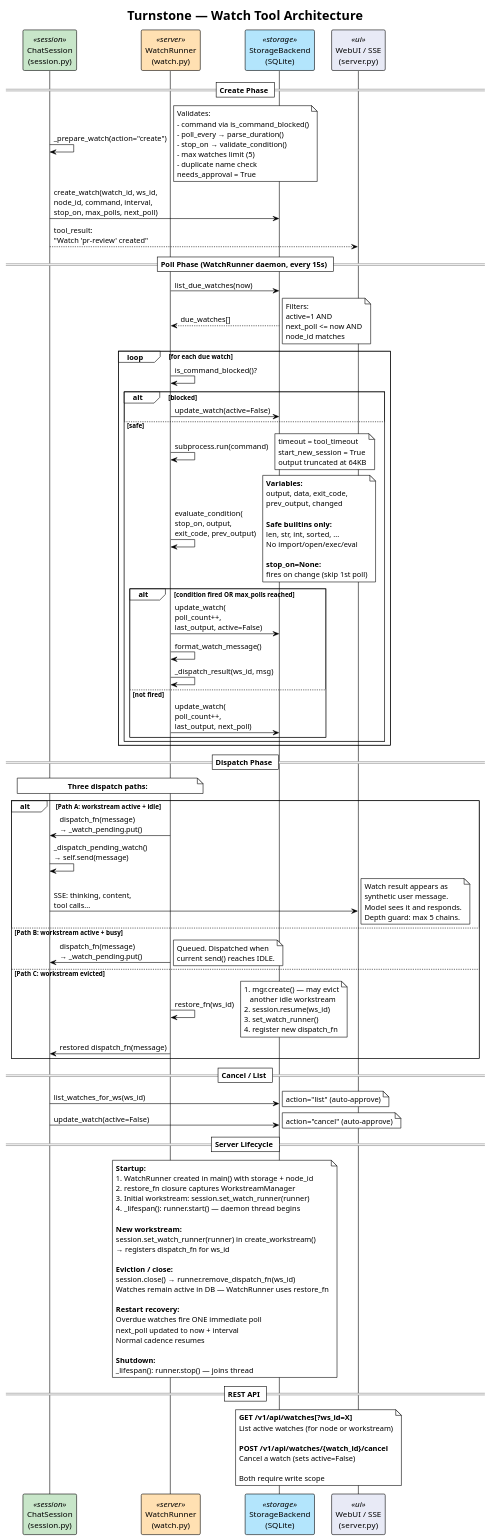
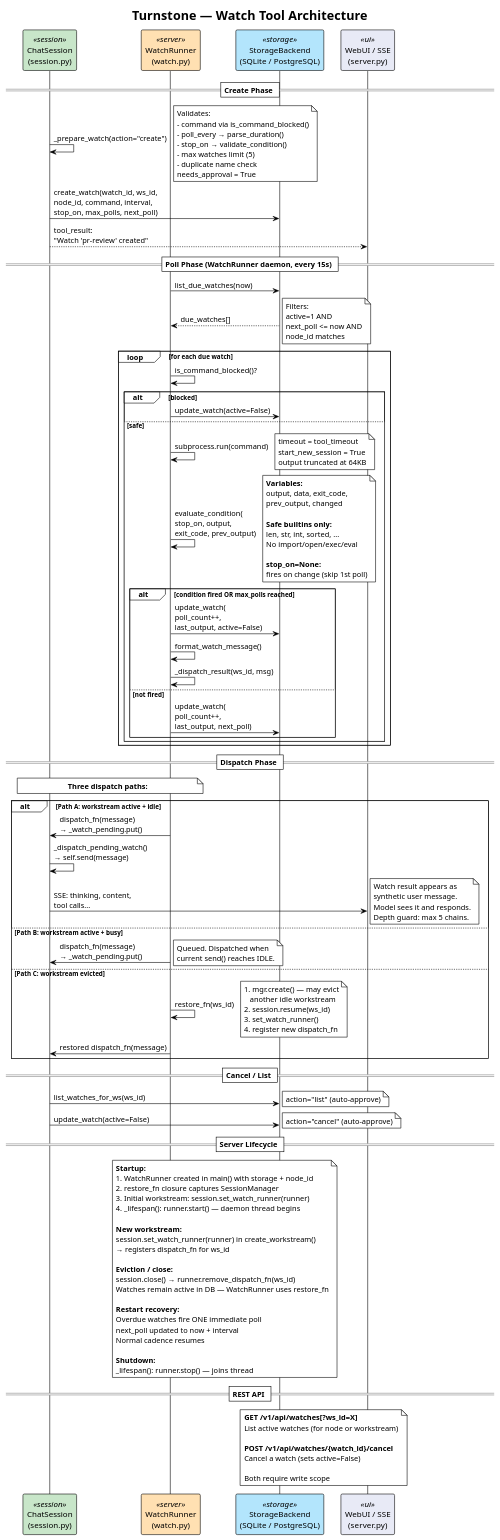
Before and after one commit to turnstonelabs/turnstone: the diagram in docs/diagrams/18-watch-architecture.puml, drawn with PlantUML. The commit also changed 177 other files, not shown here.

```diff
--- a/docs/diagrams/18-watch-architecture.puml
+++ b/docs/diagrams/18-watch-architecture.puml
@@ -1,166 +1,166 @@
 @startuml
 !theme plain
 title Turnstone — Watch Tool Architecture
 
 skinparam participant {
     BackgroundColor<<server>> #FFE0B2
     BackgroundColor<<storage>> #B3E5FC
     BackgroundColor<<session>> #C8E6C9
     BackgroundColor<<ui>> #E8EAF6
 }
 
 participant "ChatSession\n(session.py)" as Session <<session>>
 participant "WatchRunner\n(watch.py)" as Runner <<server>>
-participant "StorageBackend\n(SQLite)" as Storage <<storage>>
+participant "StorageBackend\n(SQLite / PostgreSQL)" as Storage <<storage>>
 participant "WebUI / SSE\n(server.py)" as UI <<ui>>
 
 == Create Phase ==
 
 Session -> Session : _prepare_watch(action="create")
 note right
   Validates:
   - command via is_command_blocked()
   - poll_every → parse_duration()
   - stop_on → validate_condition()
   - max watches limit (5)
   - duplicate name check
   needs_approval = True
 end note
 
 Session -> Storage : create_watch(watch_id, ws_id,\nnode_id, command, interval,\nstop_on, max_polls, next_poll)
 
 Session --> UI : tool_result:\n"Watch 'pr-review' created"
 
 == Poll Phase (WatchRunner daemon, every 15s) ==
 
 Runner -> Storage : list_due_watches(now)
 Storage --> Runner : due_watches[]
 note right
   Filters:
   active=1 AND
   next_poll <= now AND
   node_id matches
 end note
 
 loop for each due watch
 
     Runner -> Runner : is_command_blocked()?
     alt blocked
         Runner -> Storage : update_watch(active=False)
     else safe
 
         Runner -> Runner : subprocess.run(command)
         note right
           timeout = tool_timeout
           start_new_session = True
           output truncated at 64KB
         end note
 
         Runner -> Runner : evaluate_condition(\nstop_on, output,\nexit_code, prev_output)
         note right
           **Variables:**
           output, data, exit_code,
           prev_output, changed
 
           **Safe builtins only:**
           len, str, int, sorted, ...
           No import/open/exec/eval
 
           **stop_on=None:**
           fires on change (skip 1st poll)
         end note
 
         alt condition fired OR max_polls reached
             Runner -> Storage : update_watch(\npoll_count++,\nlast_output, active=False)
             Runner -> Runner : format_watch_message()
             Runner -> Runner : _dispatch_result(ws_id, msg)
         else not fired
             Runner -> Storage : update_watch(\npoll_count++,\nlast_output, next_poll)
         end
 
     end
 end
 
 == Dispatch Phase ==
 
 note over Runner, Session
   **Three dispatch paths:**
 end note
 
 alt Path A: workstream active + idle
     Runner -> Session : dispatch_fn(message)\n→ _watch_pending.put()
     Session -> Session : _dispatch_pending_watch()\n→ self.send(message)
     Session -> UI : SSE: thinking, content,\ntool calls...
     note right
       Watch result appears as
       synthetic user message.
       Model sees it and responds.
       Depth guard: max 5 chains.
     end note
 
 else Path B: workstream active + busy
     Runner -> Session : dispatch_fn(message)\n→ _watch_pending.put()
     note right
       Queued. Dispatched when
       current send() reaches IDLE.
     end note
 
 else Path C: workstream evicted
     Runner -> Runner : restore_fn(ws_id)
     note right
       1. mgr.create() — may evict
          another idle workstream
       2. session.resume(ws_id)
       3. set_watch_runner()
       4. register new dispatch_fn
     end note
     Runner -> Session : restored dispatch_fn(message)
 end
 
 == Cancel / List ==
 
 Session -> Storage : list_watches_for_ws(ws_id)
 note right : action="list" (auto-approve)
 
 Session -> Storage : update_watch(active=False)
 note right : action="cancel" (auto-approve)
 
 == Server Lifecycle ==
 
 note over Runner, Storage
   **Startup:**
   1. WatchRunner created in main() with storage + node_id
-  2. restore_fn closure captures WorkstreamManager
+  2. restore_fn closure captures SessionManager
   3. Initial workstream: session.set_watch_runner(runner)
   4. _lifespan(): runner.start() — daemon thread begins
 
   **New workstream:**
   session.set_watch_runner(runner) in create_workstream()
   → registers dispatch_fn for ws_id
 
   **Eviction / close:**
   session.close() → runner.remove_dispatch_fn(ws_id)
   Watches remain active in DB — WatchRunner uses restore_fn
 
   **Restart recovery:**
   Overdue watches fire ONE immediate poll
   next_poll updated to now + interval
   Normal cadence resumes
 
   **Shutdown:**
   _lifespan(): runner.stop() — joins thread
 end note
 
 == REST API ==
 
 note over UI, Storage
   **GET /v1/api/watches[?ws_id=X]**
   List active watches (for node or workstream)
 
   **POST /v1/api/watches/{watch_id}/cancel**
   Cancel a watch (sets active=False)
 
   Both require write scope
 end note
 
 @enduml
```
